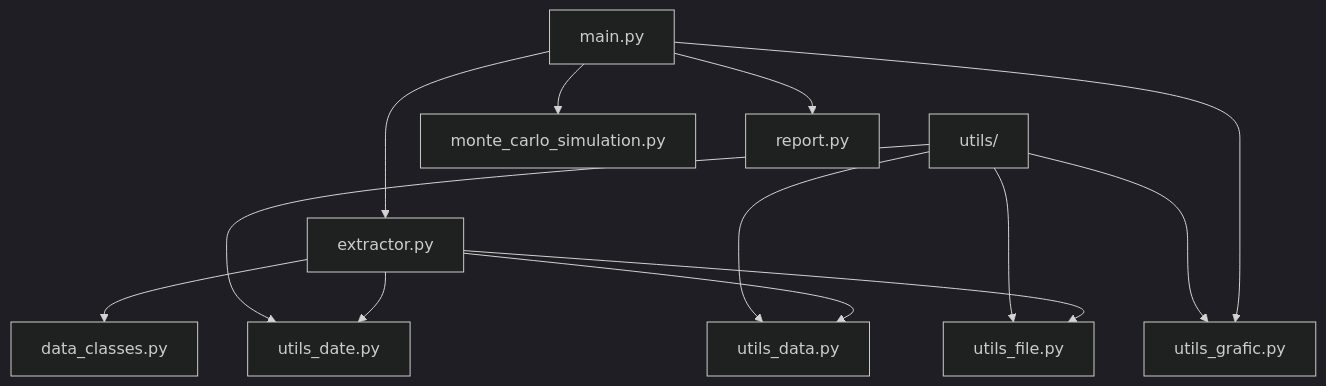
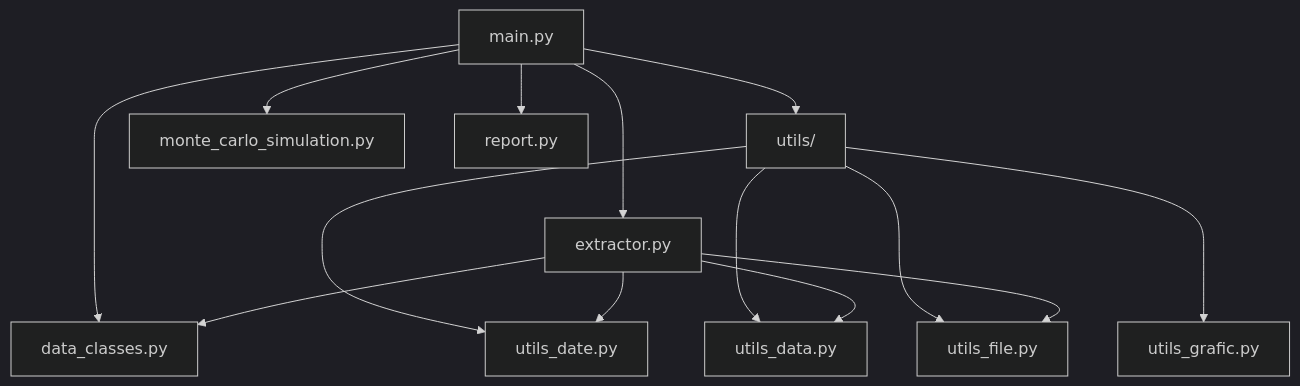
Before and after one commit to NataliaSJO/Practica-1-Miax: the diagram in README.md, drawn with Mermaid (dark theme). The commit also changed other lines of this file, not shown here.

````diff
--- a/README.md
+++ b/README.md
@@ -72,33 +72,34 @@
 ```mermaid
 flowchart TD
 
   Utils["utils/"]
   DataClasses["data_classes.py"]
   Extractor["extractor.py"]
   Main["main.py"]
   MonteCarlo["monte_carlo_simulation.py"]
   Report["report.py"]
 
   UtilsData["utils_data.py"]
   UtilsDate["utils_date.py"]
   UtilsFile["utils_file.py"]
   UtilsGrafic["utils_grafic.py"]
 
   MonteCarlo["monte_carlo_simulation.py"]
   Report["report.py"]
 
   Utils ---> UtilsData
   Utils ---> UtilsDate
   Utils ---> UtilsFile
   Utils ---> UtilsGrafic
 
   Main ---> Extractor
-  Main --> UtilsGrafic
+  Main --> Utils
+  Main --> DataClasses
   Main --> MonteCarlo
   Main --> Report
 
   Extractor --> DataClasses
   Extractor --> UtilsDate
   Extractor --> UtilsData
   Extractor --> UtilsFile
 ```
````
